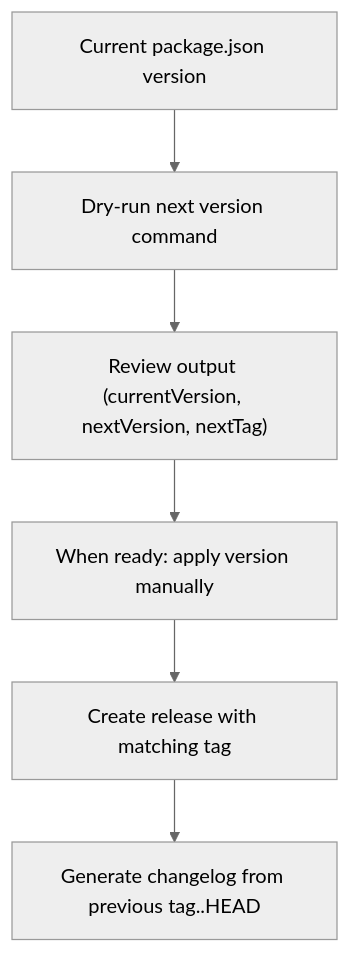
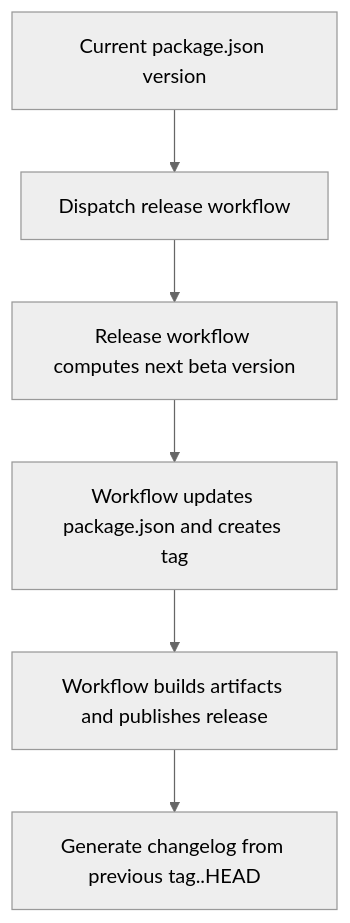
The diagram in docs/versioning-strategy.md (henryoman/TrenchClaw), drawn with Mermaid (neutral theme) before and after one commit. The commit also changed other lines of this file and 49 other files, not shown here.

````diff
--- a/docs/versioning-strategy.md
+++ b/docs/versioning-strategy.md
@@ -55,8 +44,8 @@
 ```mermaid
 flowchart TD
-  A["Current package.json version"] --> B["Dry-run next version command"]
-  B --> C["Review output (currentVersion, nextVersion, nextTag)"]
-  C --> D["When ready: apply version manually"]
-  D --> E["Create release with matching tag"]
+  A["Current package.json version"] --> B["Dispatch release workflow"]
+  B --> C["Release workflow computes next beta version"]
+  C --> D["Workflow updates package.json and creates tag"]
+  D --> E["Workflow builds artifacts and publishes release"]
   E --> F["Generate changelog from previous tag..HEAD"]
 ```
````
